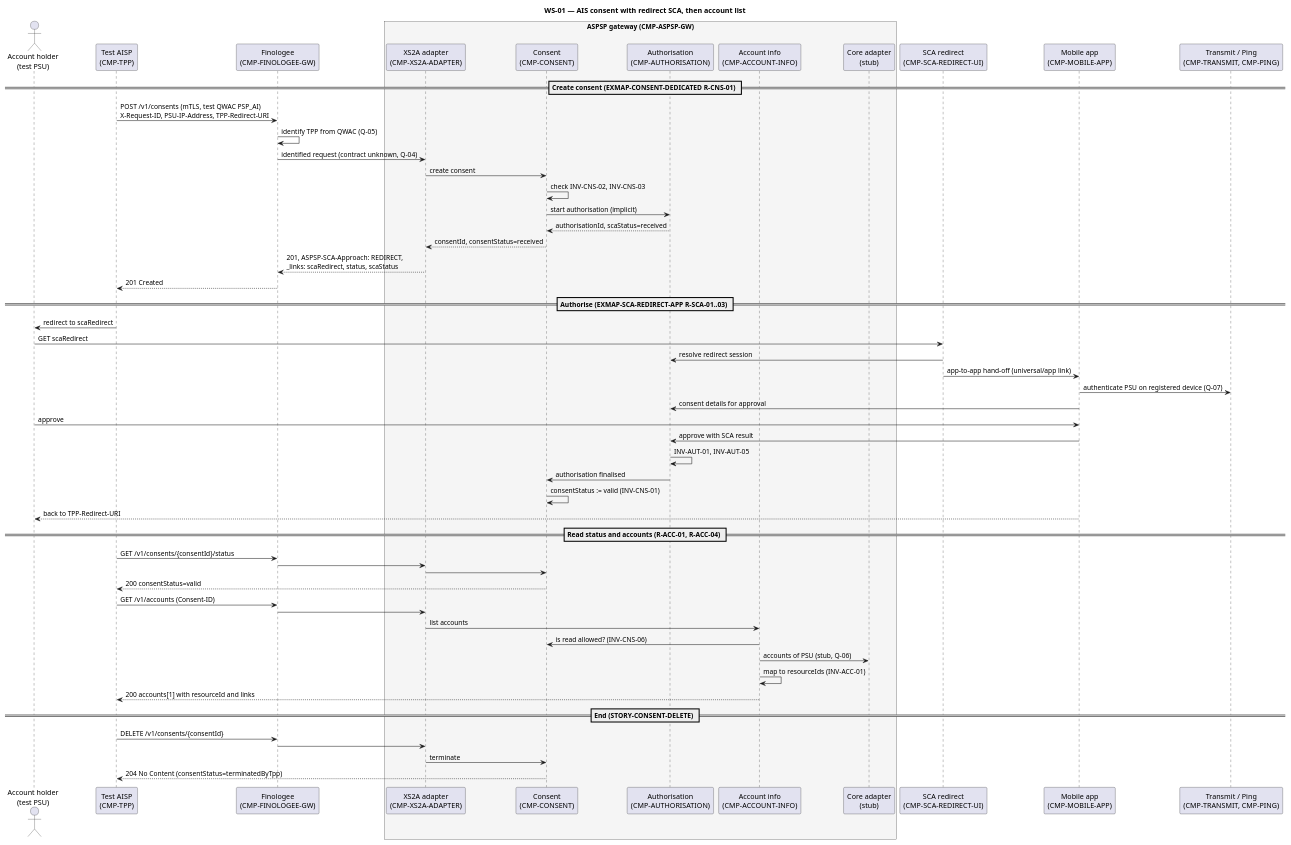
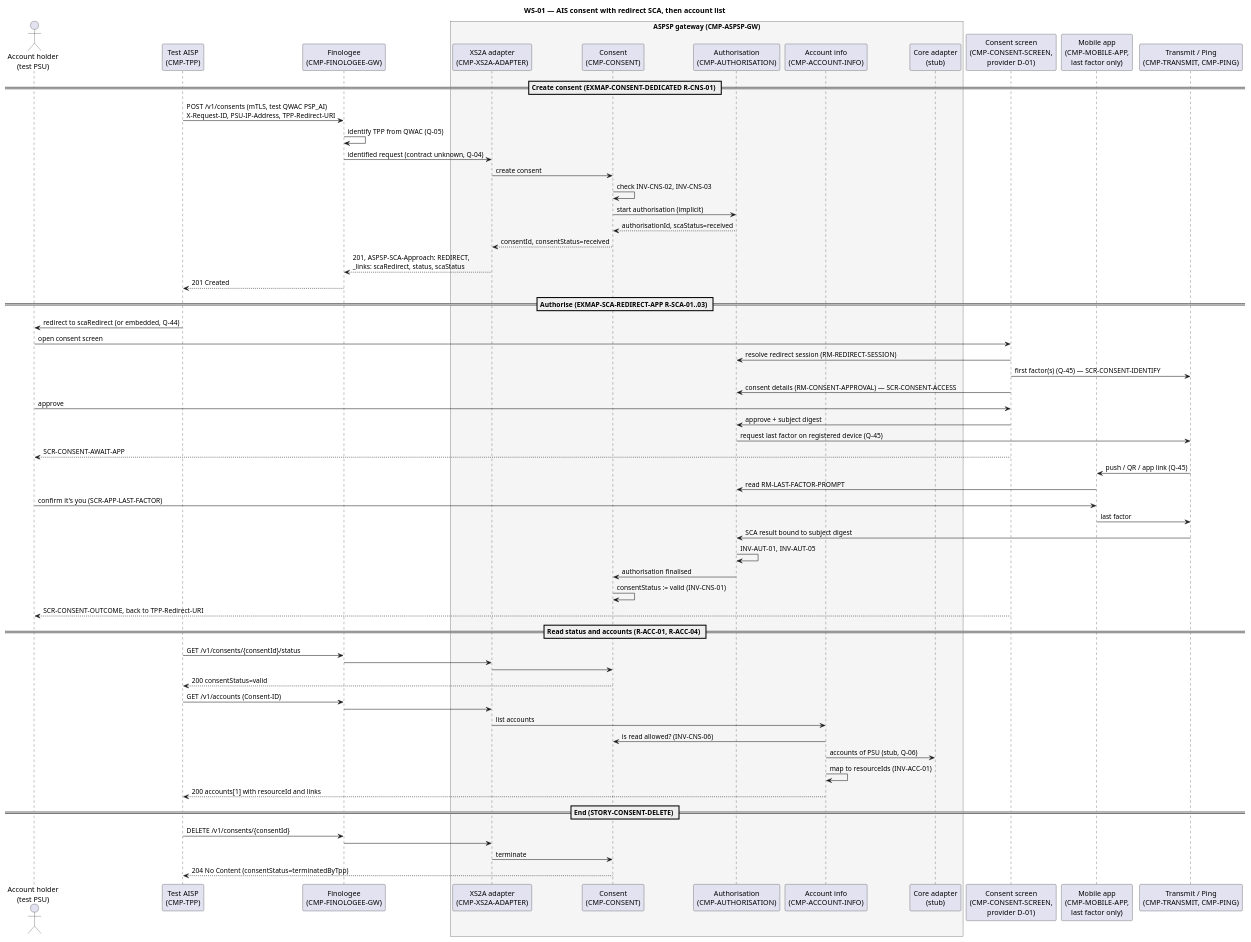
Before and after one commit to vondacho/psd2-sandbox: the diagram in docs/system/uml/sequence/ws-01-ais-consent-redirect.puml, drawn with PlantUML. The commit also changed 32 other files, not shown here.

First line of the commit message:
Realign proposal with ADR revision: consent screen, app as last factor

```diff
--- a/docs/system/uml/sequence/ws-01-ais-consent-redirect.puml
+++ b/docs/system/uml/sequence/ws-01-ais-consent-redirect.puml
@@ -1,67 +1,75 @@
 @startuml ws-01-ais-consent-redirect
 ' WS-01 walking-skeleton path, AIS part. PROPOSAL generated by AI on 2026-09-19.
 ' Stories: STORY-TPP-IDENTIFY, STORY-CONSENT-DEDICATED, STORY-SCA-REDIRECT-APP,
 '          STORY-CONSENT-STATUS, STORY-READ-ACCOUNT-LIST, STORY-CONSENT-DELETE.
 ' Assumes D-03 = redirect with implicit start (SRC-IG §6.1.1.1) and D-01 = consent in the ASPSP
 ' gateway. Where D-02 (token) is open, the Finologee -> gateway hop is shown as "identified request".
+' Iteration 3 (SRC-ADR 87c72b8): approval on the consent screen (provider undecided, D-01; shown with
+' the in-house backend CMP-PSU-CHANNEL-API); the mobile app carries only the last SCA factor.
 title WS-01 — AIS consent with redirect SCA, then account list
 
 actor "Account holder\n(test PSU)" as PSU
 participant "Test AISP\n(CMP-TPP)" as TPP
 participant "Finologee\n(CMP-FINOLOGEE-GW)" as FIN
 box "ASPSP gateway (CMP-ASPSP-GW)" #F5F5F5
   participant "XS2A adapter\n(CMP-XS2A-ADAPTER)" as ADP
   participant "Consent\n(CMP-CONSENT)" as CNS
   participant "Authorisation\n(CMP-AUTHORISATION)" as AUT
   participant "Account info\n(CMP-ACCOUNT-INFO)" as ACC
   participant "Core adapter\n(stub)" as CORE
 end box
-participant "SCA redirect\n(CMP-SCA-REDIRECT-UI)" as RED
-participant "Mobile app\n(CMP-MOBILE-APP)" as APP
+participant "Consent screen\n(CMP-CONSENT-SCREEN,\nprovider D-01)" as CS
+participant "Mobile app\n(CMP-MOBILE-APP,\nlast factor only)" as APP
 participant "Transmit / Ping\n(CMP-TRANSMIT, CMP-PING)" as IAM
 
 == Create consent (EXMAP-CONSENT-DEDICATED R-CNS-01) ==
 TPP -> FIN : POST /v1/consents (mTLS, test QWAC PSP_AI)\nX-Request-ID, PSU-IP-Address, TPP-Redirect-URI
 FIN -> FIN : identify TPP from QWAC (Q-05)
 FIN -> ADP : identified request (contract unknown, Q-04)
 ADP -> CNS : create consent
 CNS -> CNS : check INV-CNS-02, INV-CNS-03
 CNS -> AUT : start authorisation (implicit)
 AUT --> CNS : authorisationId, scaStatus=received
 CNS --> ADP : consentId, consentStatus=received
 ADP --> FIN : 201, ASPSP-SCA-Approach: REDIRECT,\n_links: scaRedirect, status, scaStatus
 FIN --> TPP : 201 Created
 
 == Authorise (EXMAP-SCA-REDIRECT-APP R-SCA-01..03) ==
-TPP -> PSU : redirect to scaRedirect
-PSU -> RED : GET scaRedirect
-RED -> AUT : resolve redirect session
-RED -> APP : app-to-app hand-off (universal/app link)
-APP -> IAM : authenticate PSU on registered device (Q-07)
-APP -> AUT : consent details for approval
-PSU -> APP : approve
-APP -> AUT : approve with SCA result
+TPP -> PSU : redirect to scaRedirect (or embedded, Q-44)
+PSU -> CS : open consent screen
+CS -> AUT : resolve redirect session (RM-REDIRECT-SESSION)
+CS -> IAM : first factor(s) (Q-45) — SCR-CONSENT-IDENTIFY
+CS -> AUT : consent details (RM-CONSENT-APPROVAL) — SCR-CONSENT-ACCESS
+PSU -> CS : approve
+CS -> AUT : approve + subject digest
+AUT -> IAM : request last factor on registered device (Q-45)
+CS --> PSU : SCR-CONSENT-AWAIT-APP
+IAM -> APP : push / QR / app link (Q-45)
+APP -> AUT : read RM-LAST-FACTOR-PROMPT
+PSU -> APP : confirm it's you (SCR-APP-LAST-FACTOR)
+APP -> IAM : last factor
+IAM -> AUT : SCA result bound to subject digest
 AUT -> AUT : INV-AUT-01, INV-AUT-05
 AUT -> CNS : authorisation finalised
 CNS -> CNS : consentStatus := valid (INV-CNS-01)
-APP --> PSU : back to TPP-Redirect-URI
+CS --> PSU : SCR-CONSENT-OUTCOME, back to TPP-Redirect-URI
 
 == Read status and accounts (R-ACC-01, R-ACC-04) ==
 TPP -> FIN : GET /v1/consents/{consentId}/status
 FIN -> ADP
 ADP -> CNS
 CNS --> TPP : 200 consentStatus=valid
 TPP -> FIN : GET /v1/accounts (Consent-ID)
 FIN -> ADP
 ADP -> ACC : list accounts
 ACC -> CNS : is read allowed? (INV-CNS-06)
 ACC -> CORE : accounts of PSU (stub, Q-06)
 ACC -> ACC : map to resourceIds (INV-ACC-01)
 ACC --> TPP : 200 accounts[1] with resourceId and links
 
 == End (STORY-CONSENT-DELETE) ==
 TPP -> FIN : DELETE /v1/consents/{consentId}
 FIN -> ADP
 ADP -> CNS : terminate
 CNS --> TPP : 204 No Content (consentStatus=terminatedByTpp)
 @enduml
```
